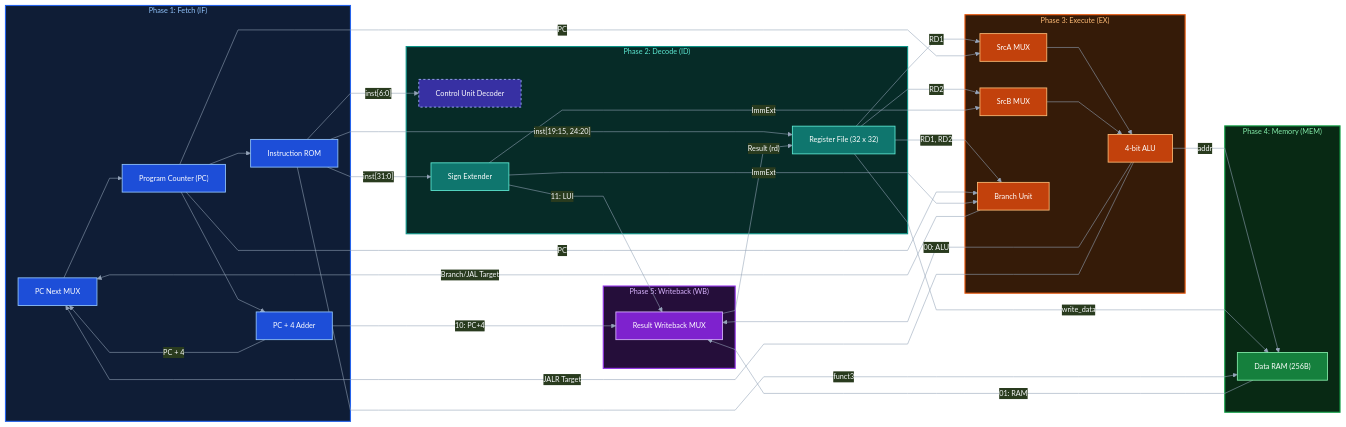
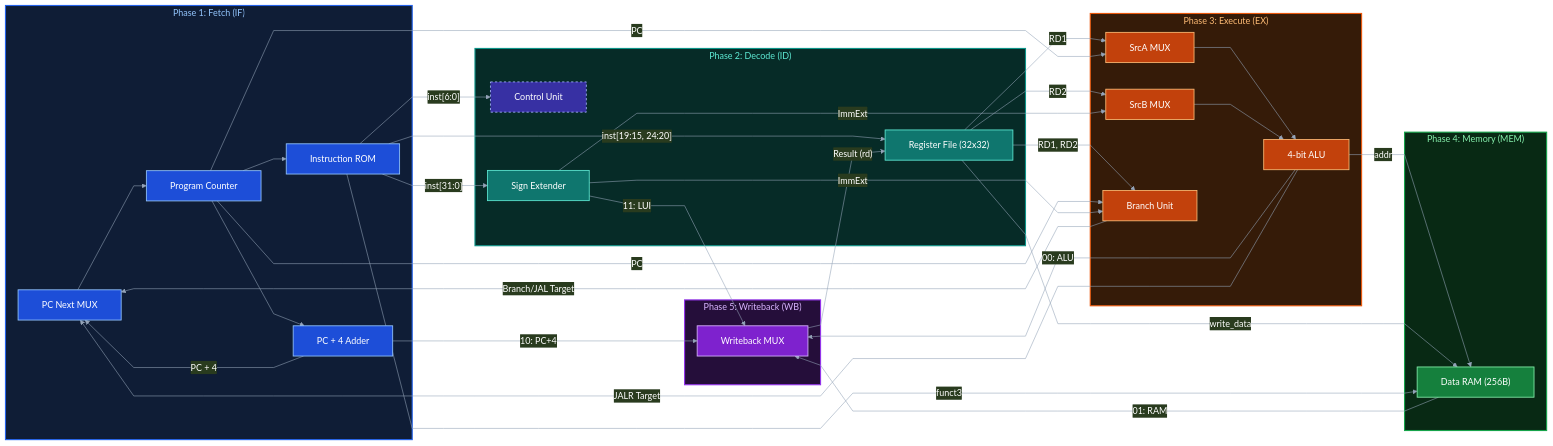
One commit to mouad11-11/RISC-V-RV32I-Core changed the diagram in README.md. Above: the diagram before and after it, drawn with Mermaid.

Commit message:
fix(docs): resolve Mermaid text clipping by removing monospace override and adding label padding

```diff
--- a/README.md
+++ b/README.md
@@ -29,11 +29,9 @@
   "theme": "base",
   "themeVariables": {
     "primaryColor": "#1e293b",
-    "primaryTextColor": "#f8fafc",
+    "primaryTextColor": "#ffffff",
     "primaryBorderColor": "#475569",
-    "lineColor": "#94a3b8",
-    "fontSize": "13px",
-    "fontFamily": "ui-monospace, SFMono-Regular, Menlo, Monaco, Consolas, monospace"
+    "lineColor": "#94a3b8"
   },
   "flowchart": {
     "curve": "linear",
@@ -42,30 +40,30 @@
   }
 }}%%
 flowchart LR
-    subgraph IF ["Phase 1: Fetch (IF)"]
-        PC_MUX["PC Next MUX"] --> PC["Program Counter (PC)"]
-        PC --> ADD4["PC + 4 Adder"]
-        PC --> IMEM["Instruction ROM"]
+    subgraph IF [" Phase 1: Fetch (IF) "]
+        PC_MUX["&nbsp;&nbsp; PC Next MUX &nbsp;&nbsp;"] --> PC["&nbsp;&nbsp; Program Counter &nbsp;&nbsp;"]
+        PC --> ADD4["&nbsp;&nbsp; PC + 4 Adder &nbsp;&nbsp;"]
+        PC --> IMEM["&nbsp;&nbsp; Instruction ROM &nbsp;&nbsp;"]
     end
 
-    subgraph ID ["Phase 2: Decode (ID)"]
-        CTRL["Control Unit Decoder"]
-        RF["Register File (32 x 32)"]
-        EXT["Sign Extender"]
+    subgraph ID [" Phase 2: Decode (ID) "]
+        CTRL["&nbsp;&nbsp; Control Unit &nbsp;&nbsp;"]
+        RF["&nbsp;&nbsp; Register File (32x32) &nbsp;&nbsp;"]
+        EXT["&nbsp;&nbsp; Sign Extender &nbsp;&nbsp;"]
     end
 
-    subgraph EX ["Phase 3: Execute (EX)"]
-        SRC_A["SrcA MUX"] --> ALU["4-bit ALU"]
-        SRC_B["SrcB MUX"] --> ALU
-        BR["Branch Unit"]
+    subgraph EX [" Phase 3: Execute (EX) "]
+        SRC_A["&nbsp;&nbsp; SrcA MUX &nbsp;&nbsp;"] --> ALU["&nbsp;&nbsp; 4-bit ALU &nbsp;&nbsp;"]
+        SRC_B["&nbsp;&nbsp; SrcB MUX &nbsp;&nbsp;"] --> ALU
+        BR["&nbsp;&nbsp; Branch Unit &nbsp;&nbsp;"]
     end
 
-    subgraph MEM ["Phase 4: Memory (MEM)"]
-        DMEM["Data RAM (256B)"]
+    subgraph MEM [" Phase 4: Memory (MEM) "]
+        DMEM["&nbsp;&nbsp; Data RAM (256B) &nbsp;&nbsp;"]
     end
 
-    subgraph WB ["Phase 5: Writeback (WB)"]
-        WB_MUX["Result Writeback MUX"]
+    subgraph WB [" Phase 5: Writeback (WB) "]
+        WB_MUX["&nbsp;&nbsp; Writeback MUX &nbsp;&nbsp;"]
     end
 
     %% Fetch to Decode
```
